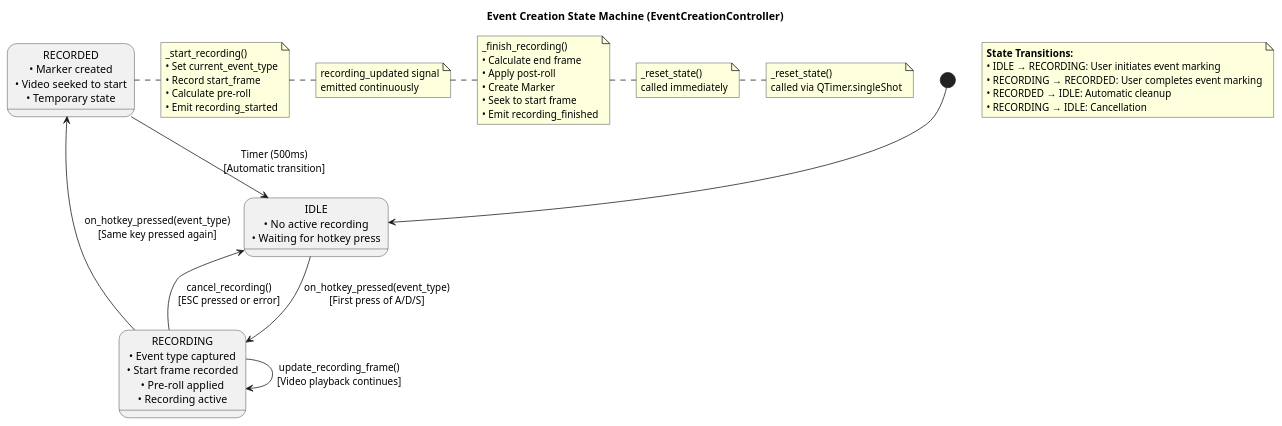
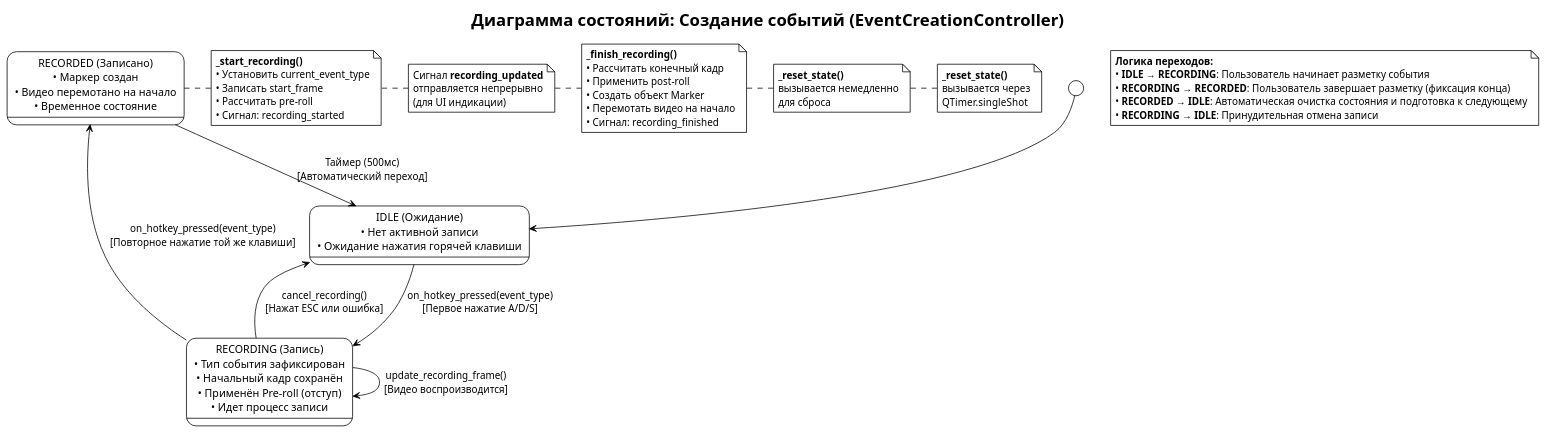
One commit to mijeha4/hockey_editor changed the diagram in docs/uml/state_machine_diagram.puml. Above: the diagram before and after it, drawn with PlantUML. The commit also changed 14 other files, not shown here.

Commit message:
небольшие технические исправления в создании отрезков и доработанные диаграммы

```diff
--- a/docs/uml/state_machine_diagram.puml
+++ b/docs/uml/state_machine_diagram.puml
@@ -1,33 +1,63 @@
 @startuml Event Creation State Machine
-title Event Creation State Machine (EventCreationController)
+!theme plain
+title Диаграмма состояний: Создание событий (EventCreationController)
 
+' Начало диаграммы
 [*] --> IDLE
 
-state IDLE as "IDLE\n• No active recording\n• Waiting for hotkey press"
-state RECORDING as "RECORDING\n• Event type captured\n• Start frame recorded\n• Pre-roll applied\n• Recording active"
-state RECORDED as "RECORDED\n• Marker created\n• Video seeked to start\n• Temporary state"
+' ================== ОПРЕДЕЛЕНИЕ СОСТОЯНИЙ ==================
+state IDLE as "IDLE (Ожидание)\n• Нет активной записи\n• Ожидание нажатия горячей клавиши"
+state RECORDING as "RECORDING (Запись)\n• Тип события зафиксирован\n• Начальный кадр сохранён\n• Применён Pre-roll (отступ)\n• Идет процесс записи"
+state RECORDED as "RECORDED (Записано)\n• Маркер создан\n• Видео перемотано на начало\n• Временное состояние"
 
-IDLE --> RECORDING : on_hotkey_pressed(event_type)\n[First press of A/D/S]
-note right : _start_recording()\n• Set current_event_type\n• Record start_frame\n• Calculate pre-roll\n• Emit recording_started
+' ================== ПЕРЕХОДЫ ==================
+IDLE --> RECORDING : on_hotkey_pressed(event_type)\n[Первое нажатие A/D/S]
+note right
+  **_start_recording()**
+  • Установить current_event_type
+  • Записать start_frame
+  • Рассчитать pre-roll
+  • Сигнал: recording_started
+end note
 
-RECORDING --> RECORDING : update_recording_frame()\n[Video playback continues]
-note right : recording_updated signal\nemitted continuously
+RECORDING --> RECORDING : update_recording_frame()\n[Видео воспроизводится]
+note right
+  Сигнал **recording_updated**
+  отправляется непрерывно
+  (для UI индикации)
+end note
 
-RECORDING --> RECORDED : on_hotkey_pressed(event_type)\n[Same key pressed again]
-note right : _finish_recording()\n• Calculate end frame\n• Apply post-roll\n• Create Marker\n• Seek to start frame\n• Emit recording_finished
+RECORDING --> RECORDED : on_hotkey_pressed(event_type)\n[Повторное нажатие той же клавиши]
+note right
+  **_finish_recording()**
+  • Рассчитать конечный кадр
+  • Применить post-roll
+  • Создать объект Marker
+  • Перемотать видео на начало
+  • Сигнал: recording_finished
+end note
 
-RECORDING --> IDLE : cancel_recording()\n[ESC pressed or error]
-note right : _reset_state()\ncalled immediately
+RECORDING --> IDLE : cancel_recording()\n[Нажат ESC или ошибка]
+note right
+  **_reset_state()**
+  вызывается немедленно
+  для сброса
+end note
 
-RECORDED --> IDLE : Timer (500ms)\n[Automatic transition]
-note right : _reset_state()\ncalled via QTimer.singleShot
+RECORDED --> IDLE : Таймер (500мс)\n[Автоматический переход]
+note right
+  **_reset_state()**
+  вызывается через
+  QTimer.singleShot
+end note
 
+' ================== ЗАМЕТКИ ==================
 note as N1
-  **State Transitions:**
-  • IDLE → RECORDING: User initiates event marking
-  • RECORDING → RECORDED: User completes event marking
-  • RECORDED → IDLE: Automatic cleanup
-  • RECORDING → IDLE: Cancellation
+  **Логика переходов:**
+  • **IDLE → RECORDING**: Пользователь начинает разметку события
+  • **RECORDING → RECORDED**: Пользователь завершает разметку (фиксация конца)
+  • **RECORDED → IDLE**: Автоматическая очистка состояния и подготовка к следующему
+  • **RECORDING → IDLE**: Принудительная отмена записи
 end note
 
 @enduml
```
